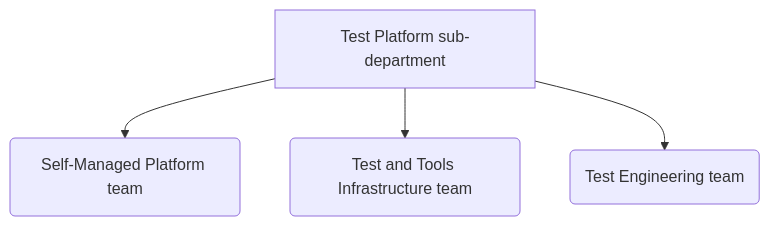
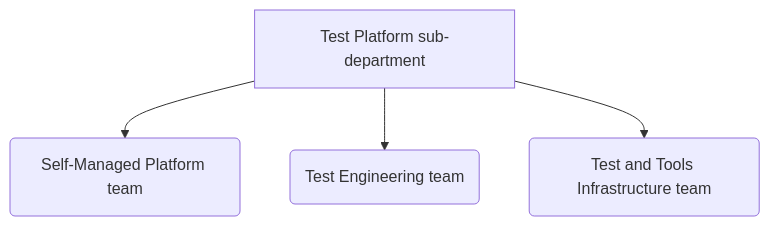
Before and after one commit to secretstartups/handbook: the diagram in content/handbook/engineering/infrastructure/test-platform/_index.md, drawn with Mermaid.

Commit message:
Apply 1 suggestion(s) to 1 file(s)

````diff
--- a/content/handbook/engineering/infrastructure/test-platform/_index.md
+++ b/content/handbook/engineering/infrastructure/test-platform/_index.md
@@ -121,12 +121,12 @@
 ```mermaid
 graph TD
     A[Test Platform sub-department]
     A --> B(Self-Managed Platform team)
-    A --> C(Test and Tools Infrastructure team)
-    A --> D(Test Engineering team)
+    A --> C(Test Engineering team)
+    A --> D(Test and Tools Infrastructure team)
 
     click A "/handbook/engineering/infrastructure/test-platform"
     click B "/handbook/engineering/infrastructure/test-platform/self-managed-platform-team"
     click C "/handbook/engineering/infrastructure/test-platform/test-and-tools-infrastructure-team"
     click D "/handbook/engineering/infrastructure/test-platform/test-engineering-team"
 ```
````
